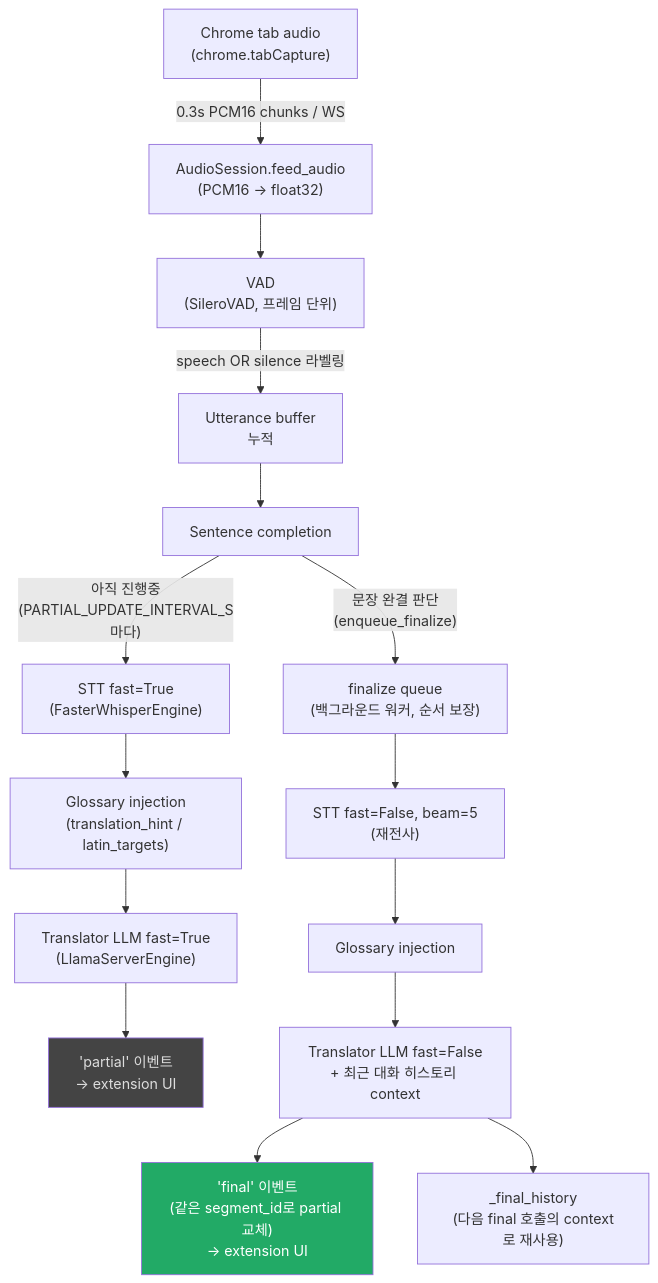
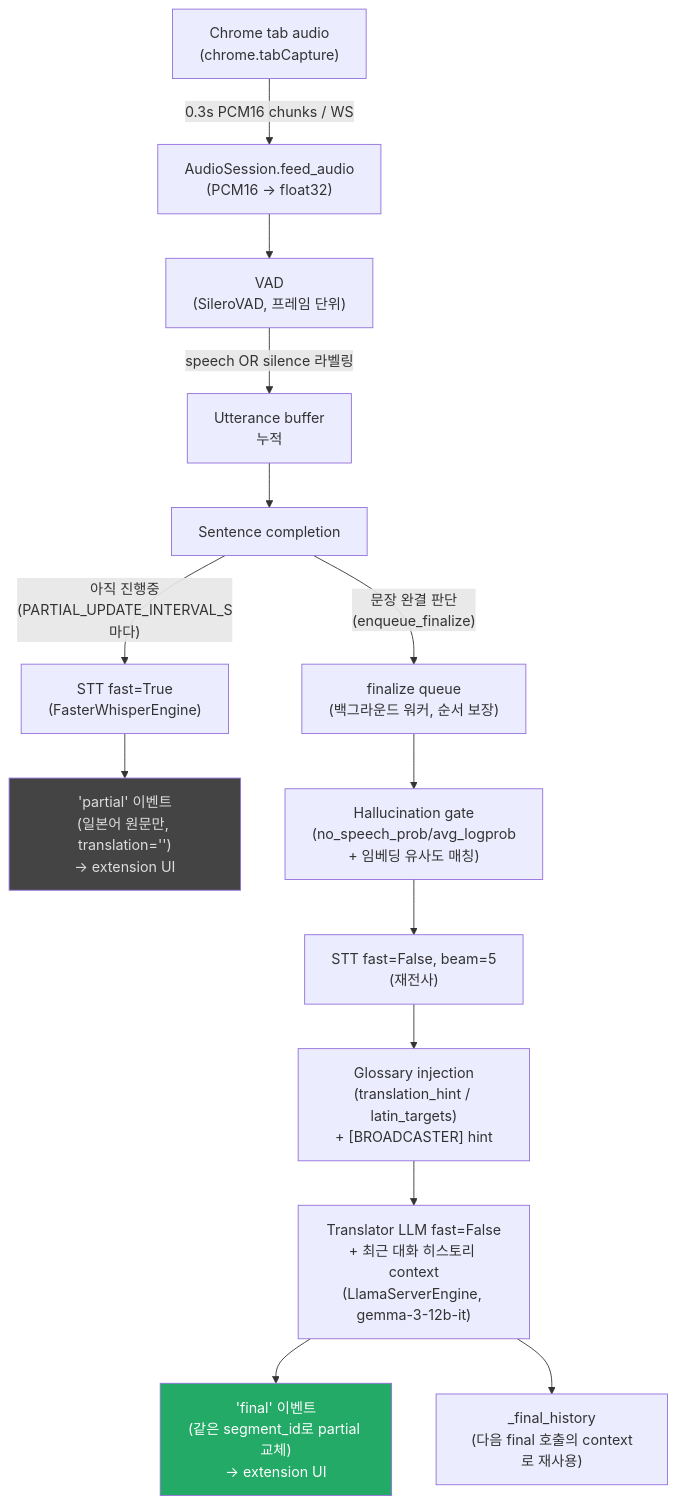
One commit to sbb2002/veiga-translator changed the first of 3 diagrams in docs/planning/PIPELINE.md. Above: the diagram before and after it, drawn with Mermaid. The commit also changed other lines of this file, not shown here.

First line of the commit message:
Document vanilla pipeline flow in PIPELINE.md

````diff
--- a/docs/planning/PIPELINE.md
+++ b/docs/planning/PIPELINE.md
@@ -7,22 +7,21 @@
 ```mermaid
 flowchart TD
     A["Chrome tab audio<br/>(chrome.tabCapture)"] -->|"0.3s PCM16 chunks / WS"| B["AudioSession.feed_audio<br/>(PCM16 → float32)"]
     B --> C["VAD<br/>(SileroVAD, 프레임 단위)"]
     C -->|speech OR silence 라벨링| D["Utterance buffer<br/>누적"]
     D --> E["Sentence completion"]
 
     E -->|"아직 진행중<br/>(PARTIAL_UPDATE_INTERVAL_S마다)"| P1["STT fast=True<br/>(FasterWhisperEngine)"]
-    P1 --> P2["Glossary injection<br/>(translation_hint / latin_targets)"]
-    P2 --> P3["Translator LLM fast=True<br/>(LlamaServerEngine)"]
-    P3 --> P4["'partial' 이벤트<br/>→ extension UI"]
+    P1 --> P4["'partial' 이벤트<br/>(일본어 원문만, translation='')<br/>→ extension UI"]
 
     E -->|"문장 완결 판단<br/>(enqueue_finalize)"| Q["finalize queue<br/>(백그라운드 워커, 순서 보장)"]
-    Q --> F1["STT fast=False, beam=5<br/>(재전사)"]
-    F1 --> F2["Glossary injection"]
-    F2 --> F3["Translator LLM fast=False<br/>+ 최근 대화 히스토리 context"]
+    Q --> F0["Hallucination gate<br/>(no_speech_prob/avg_logprob<br/>+ 임베딩 유사도 매칭)"]
+    F0 --> F1["STT fast=False, beam=5<br/>(재전사)"]
+    F1 --> F2["Glossary injection<br/>(translation_hint / latin_targets)<br/>+ [BROADCASTER] hint"]
+    F2 --> F3["Translator LLM fast=False<br/>+ 최근 대화 히스토리 context<br/>(LlamaServerEngine, gemma-3-12b-it)"]
     F3 --> F4["'final' 이벤트<br/>(같은 segment_id로 partial 교체)<br/>→ extension UI"]
     F3 --> H["_final_history<br/>(다음 final 호출의 context로 재사용)"]
 
     style P4 fill:#444,color:#ddd
     style F4 fill:#2a6,color:#fff
 ```
````
